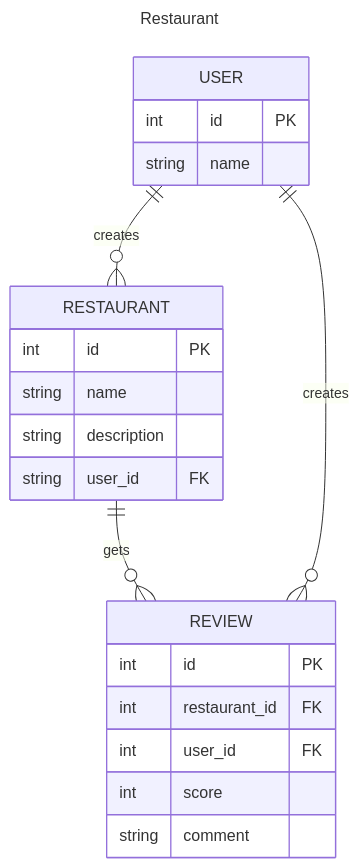
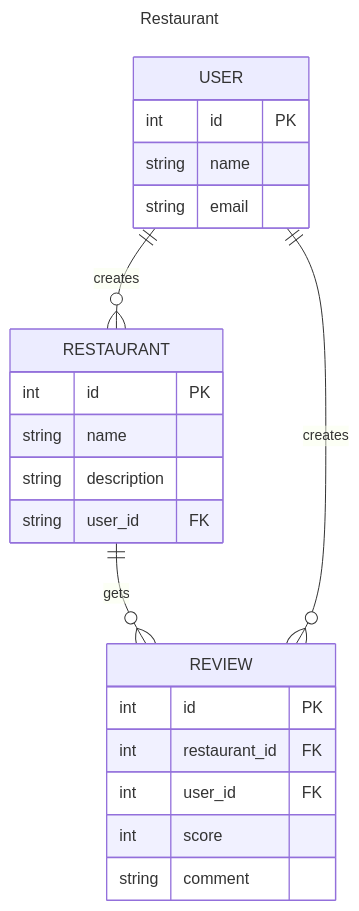
The diagram in docs/restaurant.md (chuntangwang/django-demo), drawn with Mermaid before and after one commit. The commit also changed 14 other files, not shown here.

````diff
--- a/docs/restaurant.md
+++ b/docs/restaurant.md
@@ -26,26 +26,27 @@
 ```mermaid
 ---
 title: Restaurant
 ---
 erDiagram
     RESTAURANT {
         int id PK
         string name
         string description
         string user_id FK
     }
     REVIEW {
         int id PK
         int restaurant_id FK
         int user_id FK
         int score
         string comment
     }
     USER {
         int id PK
         string name
+        string email
     }
     RESTAURANT ||--o{ REVIEW: "gets"
     USER ||--o{ RESTAURANT: "creates"
     USER ||--o{ REVIEW: "creates"
 ```
````
